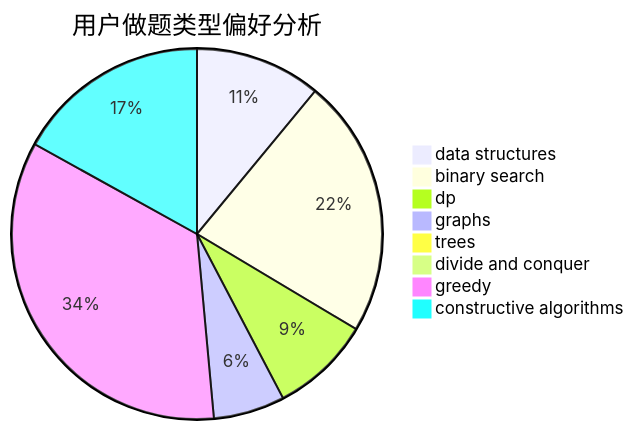
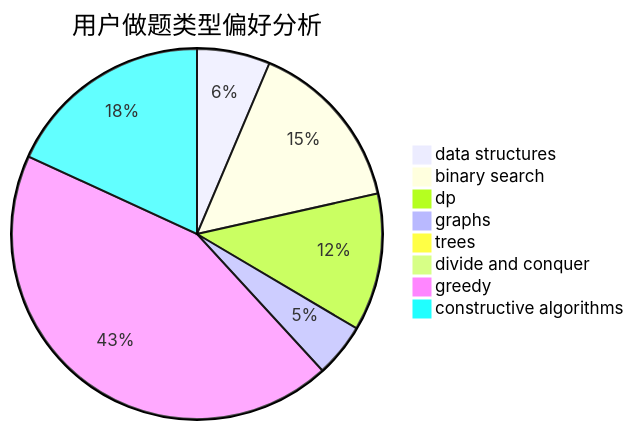
The second of 3 diagrams in docs/user/u566.md (sherpahu/cfrs.github.io), drawn with Mermaid before and after one commit. The commit also changed other lines of this file and 2770 other files, not shown here.

````diff
--- a/docs/user/u566.md
+++ b/docs/user/u566.md
@@ -23,11 +23,11 @@
 ```mermaid
 pie title 用户做题类型偏好分析
-    "data structures" :  166
-    "binary search" :  341
-    "dp" :  132
-    "graphs" :  94
-    "trees" :  8
-    "divide and conquer" :  1
-    "greedy" :  521
-    "constructive algorithms" :  256
+    "data structures" :  101
+    "binary search" :  239
+    "dp" :  190
+    "graphs" :  74
+    "trees" :  13
+    "divide and conquer" :  13
+    "greedy" :  691
+    "constructive algorithms" :  287
 ```
````
